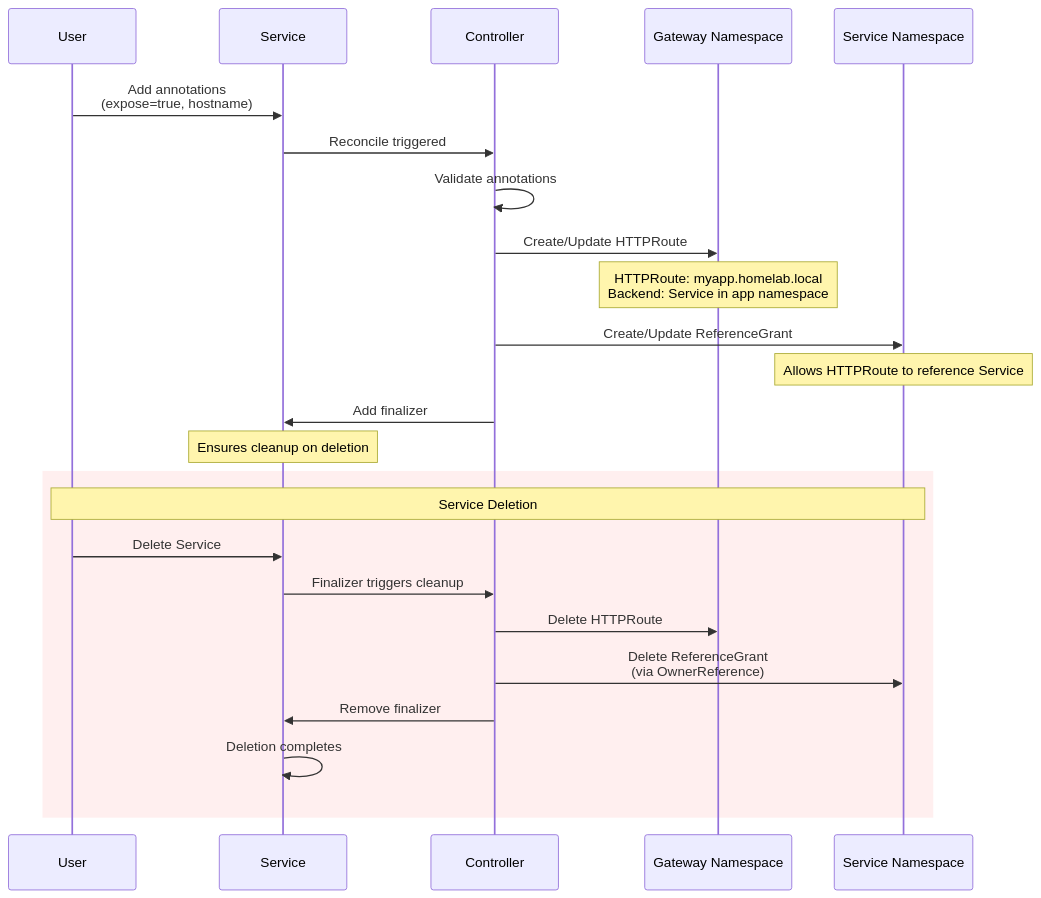
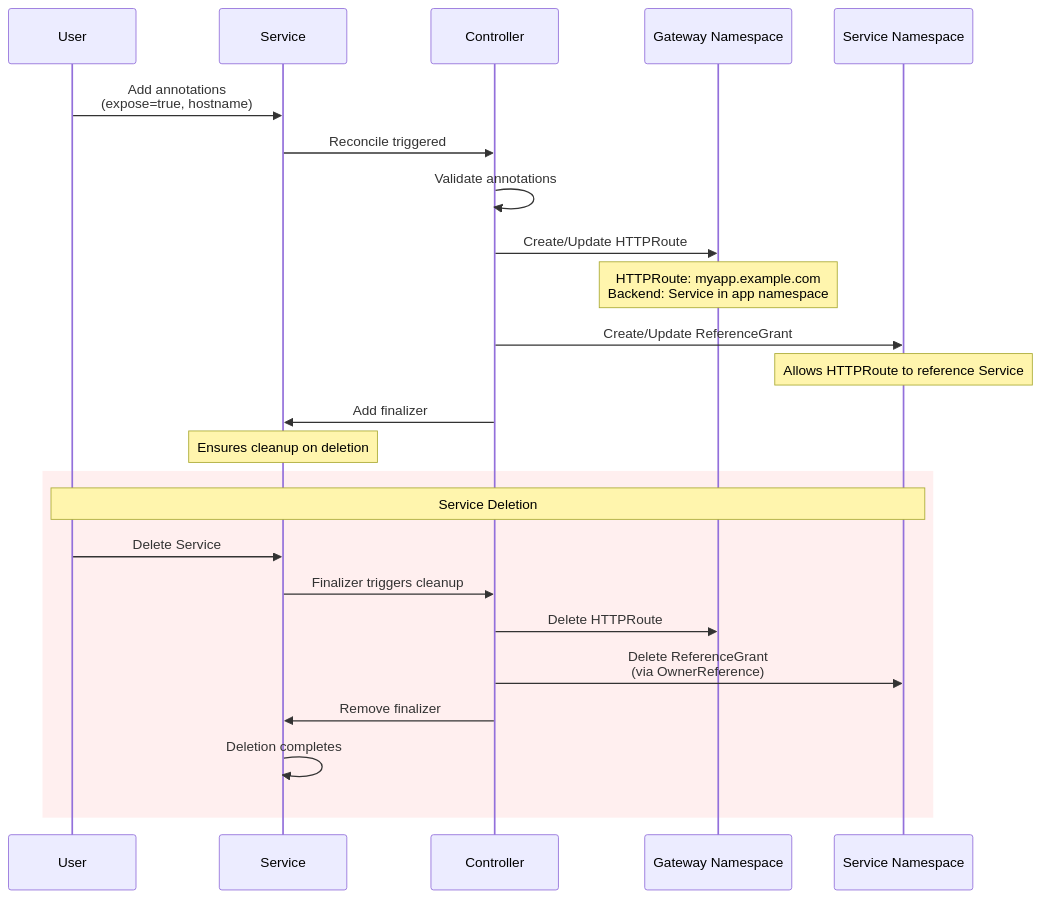
The diagram in README.md (Piotr1215/httproute-controller), drawn with Mermaid before and after one commit. The commit also changed other lines of this file and 6 other files, not shown here.

````diff
--- a/README.md
+++ b/README.md
@@ -64,31 +70,31 @@
 ```mermaid
 sequenceDiagram
     participant User
     participant Service
     participant Controller
     participant GatewayNS as Gateway Namespace
     participant ServiceNS as Service Namespace
 
     User->>Service: Add annotations<br/>(expose=true, hostname)
     Service->>Controller: Reconcile triggered
 
     Controller->>Controller: Validate annotations
     Controller->>GatewayNS: Create/Update HTTPRoute
-    Note over GatewayNS: HTTPRoute: myapp.homelab.local<br/>Backend: Service in app namespace
+    Note over GatewayNS: HTTPRoute: myapp.example.com<br/>Backend: Service in app namespace
 
     Controller->>ServiceNS: Create/Update ReferenceGrant
     Note over ServiceNS: Allows HTTPRoute to reference Service
 
     Controller->>Service: Add finalizer
     Note over Service: Ensures cleanup on deletion
 
     rect rgba(255, 100, 100, 0.1)
         Note over User,ServiceNS: Service Deletion
         User->>Service: Delete Service
         Service->>Controller: Finalizer triggers cleanup
         Controller->>GatewayNS: Delete HTTPRoute
         Controller->>ServiceNS: Delete ReferenceGrant<br/>(via OwnerReference)
         Controller->>Service: Remove finalizer
         Service->>Service: Deletion completes
     end
 ```
````
